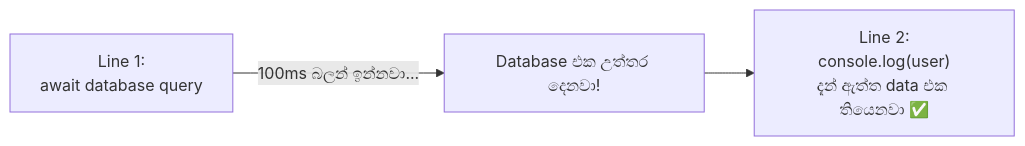
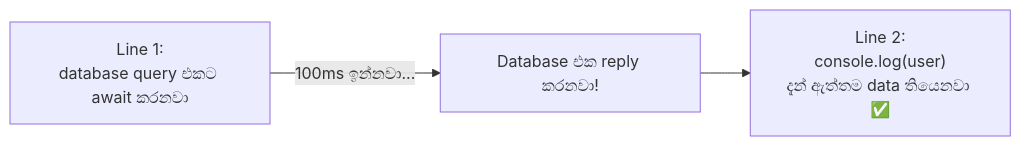
One commit to Nimsika-Bosilu/designHer_2.0-Student-Attendance-Management-System changed diagram 15 of 33 in backend/sinhala-translation-document/README.md. Above: the diagram before and after it, drawn with Mermaid. The commit also changed other lines of this file and 28 other files, not shown here.

````diff
--- a/backend/sinhala-translation-document/README.md
+++ b/backend/sinhala-translation-document/README.md
@@ -560,5 +755,5 @@
 ```mermaid
 flowchart LR
-    A["Line 1:\nawait database query"] -->|"100ms බලන් ඉන්නවා..."| B["Database එක උත්තර දෙනවා!"]
-    B --> C["Line 2:\nconsole.log(user)\nදැන් ඇත්ත data එක තියෙනවා ✅"]
+    A["Line 1:\ndatabase query එකට await කරනවා"] -->|"100ms ඉන්නවා..."| B["Database එක reply කරනවා!"]
+    B --> C["Line 2:\nconsole.log(user)\nදැන් ඇත්තම data තියෙනවා ✅"]
 ```
````
